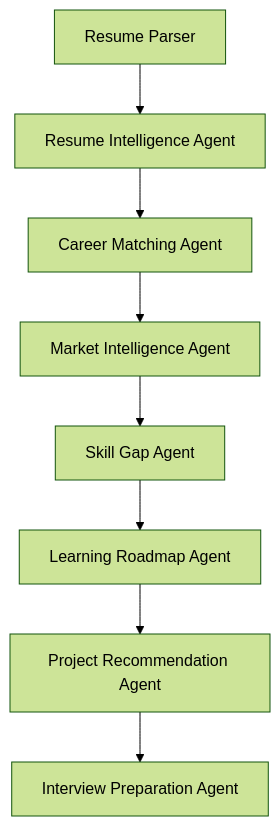
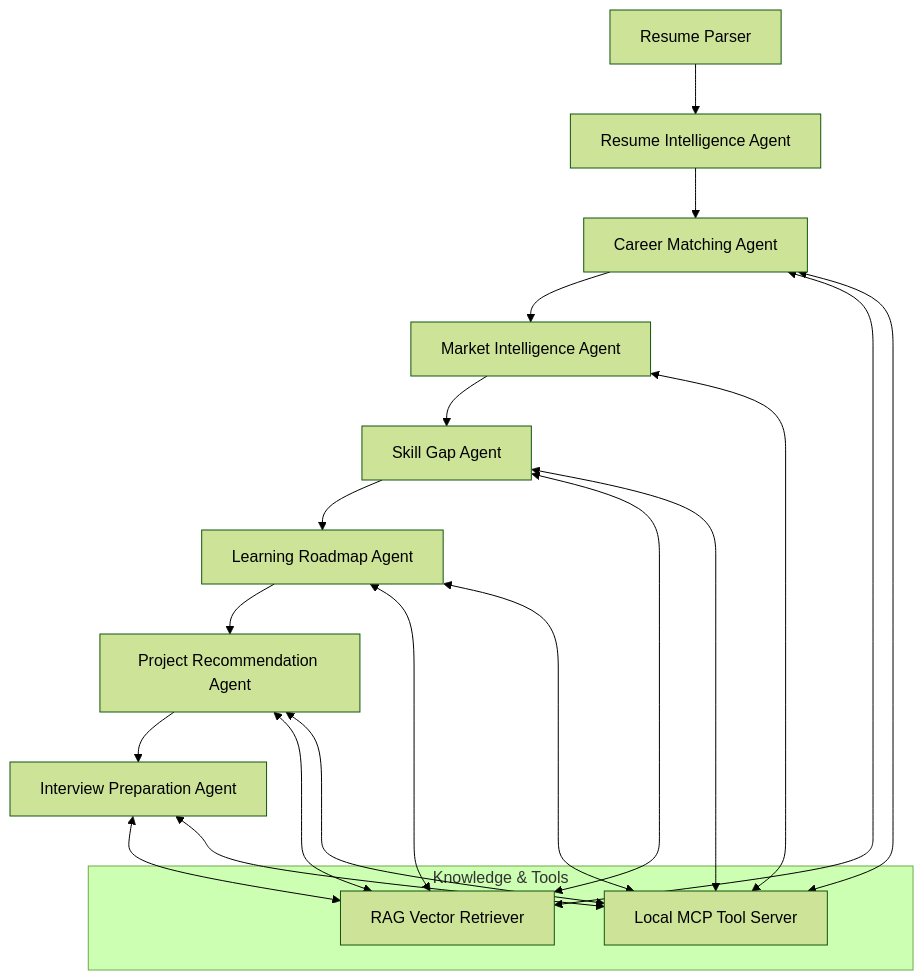
One commit to Balamurugan2901/ai-career-intelligence changed the diagram in README.md. Above: the diagram before and after it, drawn with Mermaid (forest theme). The commit also changed other lines of this file and 83 other files, not shown here.

Commit message:
Add RAG and MCP career intelligence upgrade

````diff
--- a/README.md
+++ b/README.md
@@ -20,10 +21,27 @@
 ```mermaid
 graph TD
     A[Resume Parser] --> B[Resume Intelligence Agent]
     B --> C[Career Matching Agent]
     C --> D[Market Intelligence Agent]
     D --> E[Skill Gap Agent]
     E --> F[Learning Roadmap Agent]
     F --> G[Project Recommendation Agent]
     G --> H[Interview Preparation Agent]
+
+    subgraph Knowledge & Tools
+        RAG[RAG Vector Retriever]
+        MCP[Local MCP Tool Server]
+    end
+
+    C <--> RAG
+    C <--> MCP
+    D <--> MCP
+    E <--> RAG
+    E <--> MCP
+    F <--> RAG
+    F <--> MCP
+    G <--> RAG
+    G <--> MCP
+    H <--> RAG
+    H <--> MCP
 ```
````
